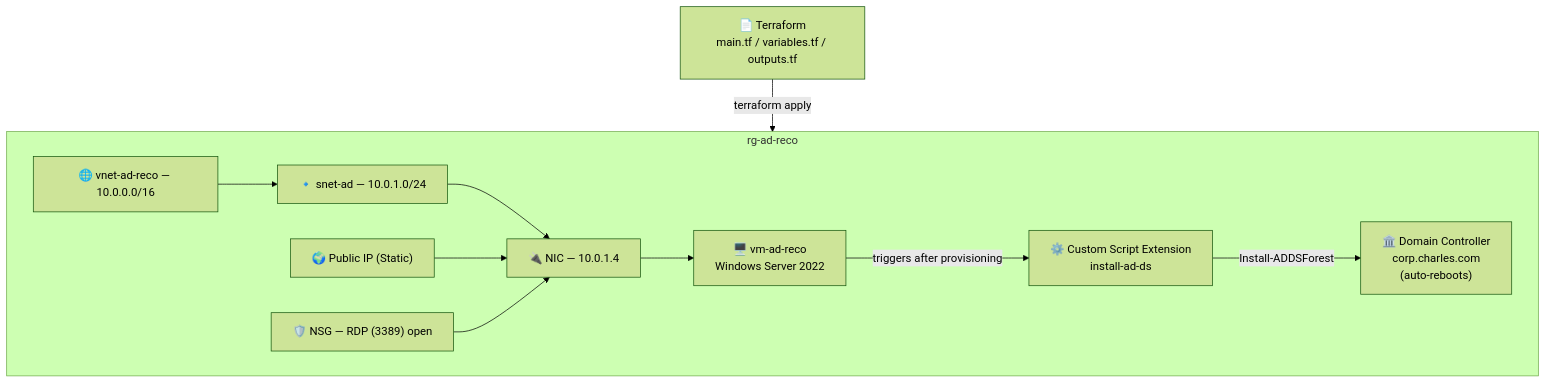
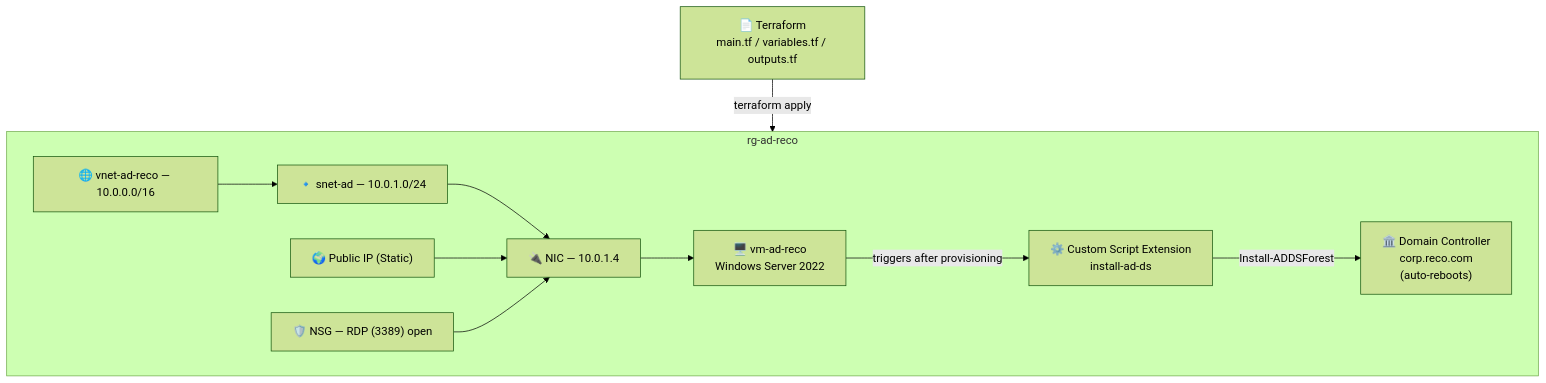
The diagram in README.md (derecocherry/Azure-Active-Directory-Domain-Controller), drawn with Mermaid (forest theme) before and after one commit. The commit also changed other lines of this file, not shown here.

Commit message:
Update domain name references in README

````diff
--- a/README.md
+++ b/README.md
@@ -28,21 +28,21 @@
 ```mermaid
 flowchart TB
     TF["📄 Terraform<br/>main.tf / variables.tf / outputs.tf"] -->|terraform apply| RG
 
     subgraph RG["rg-ad-reco"]
         VNet["🌐 vnet-ad-reco — 10.0.0.0/16"]
         Subnet["🔹 snet-ad — 10.0.1.0/24"]
         PIP["🌍 Public IP (Static)"]
         NSG["🛡️ NSG — RDP (3389) open"]
         NIC["🔌 NIC — 10.0.1.4"]
         VM["🖥️ vm-ad-reco<br/>Windows Server 2022"]
         Ext["⚙️ Custom Script Extension<br/>install-ad-ds"]
 
         VNet --> Subnet --> NIC
         PIP --> NIC
         NSG --> NIC
         NIC --> VM
         VM -->|triggers after provisioning| Ext
-        Ext -->|Install-ADDSForest| DC["🏛️ Domain Controller<br/>corp.charles.com<br/>(auto-reboots)"]
+        Ext -->|Install-ADDSForest| DC["🏛️ Domain Controller<br/>corp.reco.com<br/>(auto-reboots)"]
     end
 ```
````
